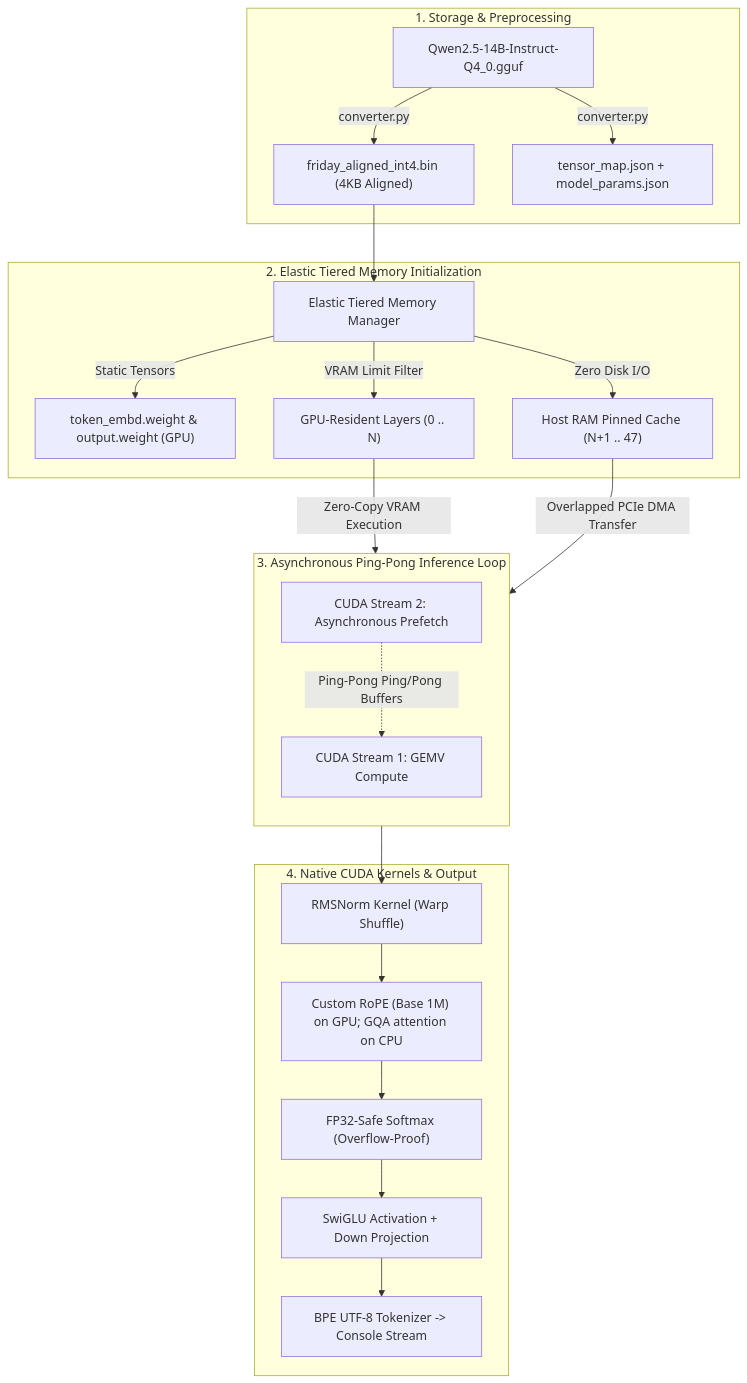
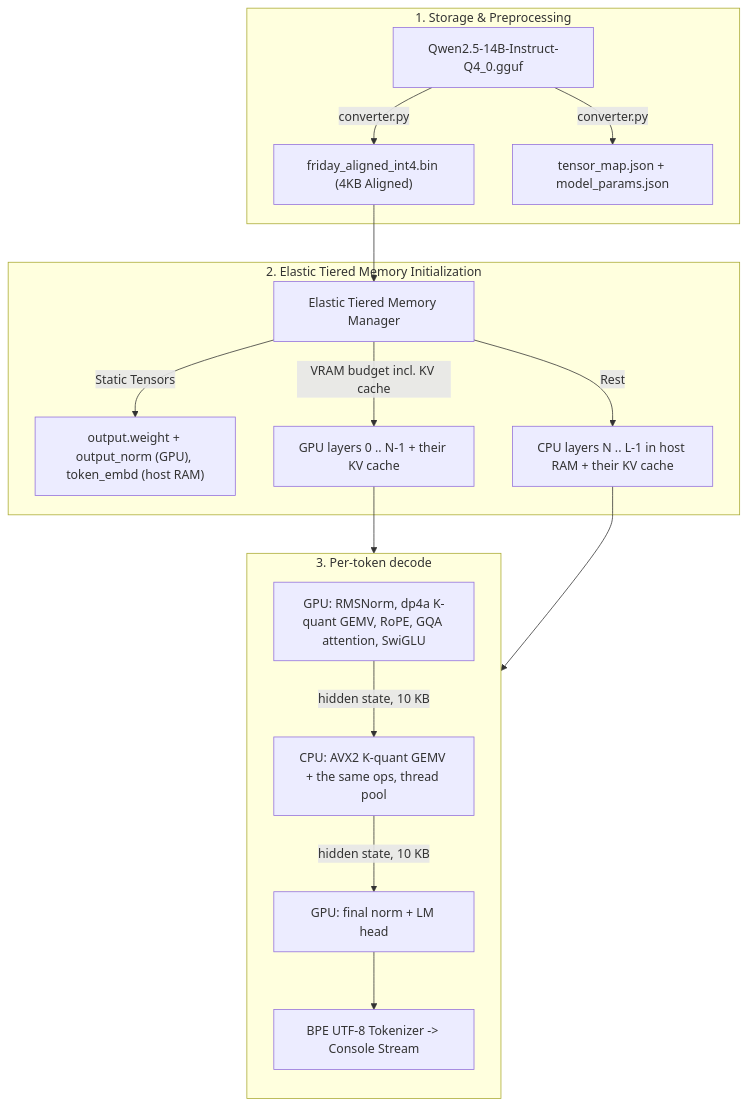
The diagram in README.md (onurtamer/friday-inference-engine), drawn with Mermaid before and after one commit. The commit also changed other lines of this file and 23 other files, not shown here.

First line of the commit message:
perf: int8-activation GEMV, CPU-computed layers; complete R1

````diff
--- a/README.md
+++ b/README.md
@@ -37,29 +37,23 @@
 ```mermaid
 flowchart TD
     subgraph Storage["1. Storage & Preprocessing"]
         GGUF["Qwen2.5-14B-Instruct-Q4_0.gguf"] -->|converter.py| BIN["friday_aligned_int4.bin (4KB Aligned)"]
         GGUF -->|converter.py| MAP["tensor_map.json + model_params.json"]
     end
 
     subgraph Initialization["2. Elastic Tiered Memory Initialization"]
         BIN --> ETM["Elastic Tiered Memory Manager"]
-        ETM -->|Static Tensors| EMB["token_embd.weight & output.weight (GPU)"]
-        ETM -->|VRAM Limit Filter| GPU_LAYERS["GPU-Resident Layers (0 .. N)"]
-        ETM -->|Zero Disk I/O| HOST_CACHE["Host RAM Pinned Cache (N+1 .. 47)"]
+        ETM -->|Static Tensors| EMB["output.weight + output_norm (GPU), token_embd (host RAM)"]
+        ETM -->|VRAM budget incl. KV cache| GPU_LAYERS["GPU layers 0 .. N-1 + their KV cache"]
+        ETM -->|Rest| HOST_LAYERS["CPU layers N .. L-1 in host RAM + their KV cache"]
     end
 
-    subgraph Inference["3. Asynchronous Ping-Pong Inference Loop"]
+    subgraph Inference["3. Per-token decode"]
         direction TB
-        GPU_LAYERS -->|Zero-Copy VRAM Execution| COMPUTE["CUDA Stream 1: GEMV Compute"]
-        HOST_CACHE -->|Overlapped PCIe DMA Transfer| DMA["CUDA Stream 2: Asynchronous Prefetch"]
-        DMA -.->|Ping-Pong Ping/Pong Buffers| COMPUTE
-    end
-
-    subgraph Kernels["4. Native CUDA Kernels & Output"]
-        COMPUTE --> RMS["RMSNorm Kernel (Warp Shuffle)"]
-        RMS --> ATTN["Custom RoPE (Base 1M) on GPU; GQA attention on CPU"]
-        ATTN --> SOFTMAX["FP32-Safe Softmax (Overflow-Proof)"]
-        SOFTMAX --> MLP["SwiGLU Activation + Down Projection"]
-        MLP --> STREAM["BPE UTF-8 Tokenizer -> Console Stream"]
+        GPU_LAYERS --> GPU_PHASE["GPU: RMSNorm, dp4a K-quant GEMV, RoPE, GQA attention, SwiGLU"]
+        GPU_PHASE -->|hidden state, 10 KB| CPU_PHASE["CPU: AVX2 K-quant GEMV + the same ops, thread pool"]
+        HOST_LAYERS --> CPU_PHASE
+        CPU_PHASE -->|hidden state, 10 KB| HEAD["GPU: final norm + LM head"]
+        HEAD --> STREAM["BPE UTF-8 Tokenizer -> Console Stream"]
     end
 ```
````
